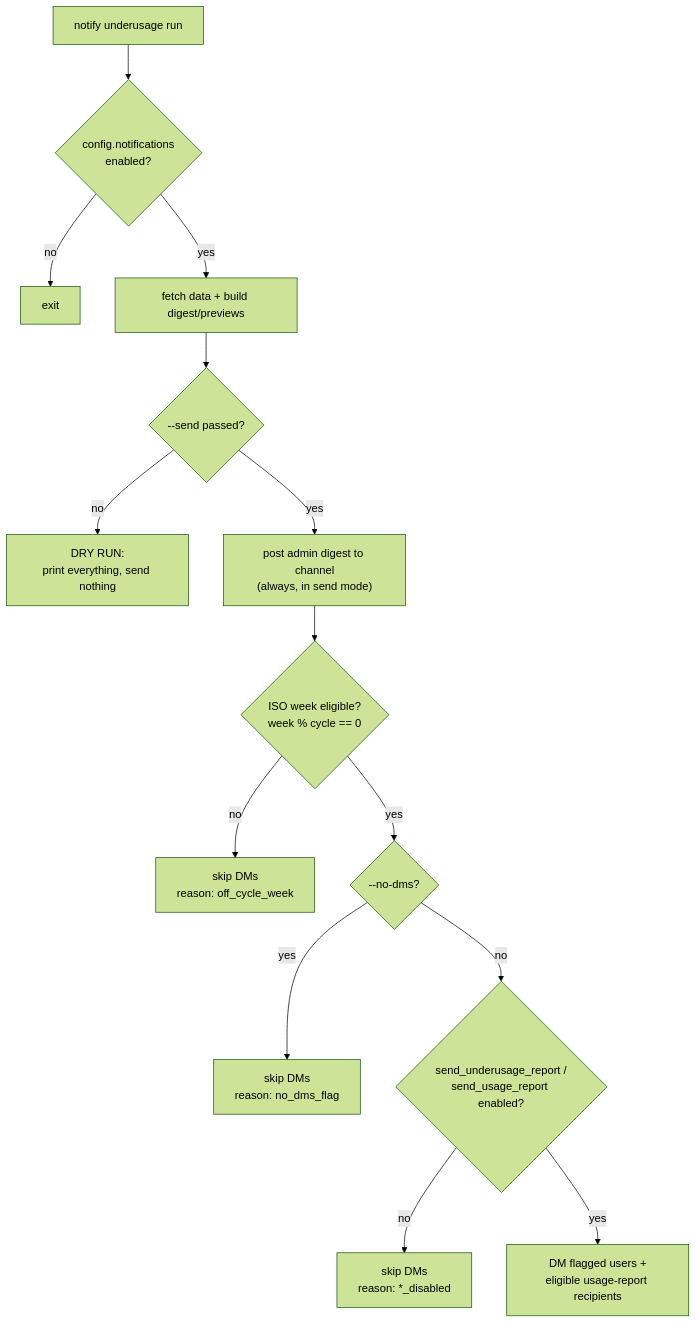
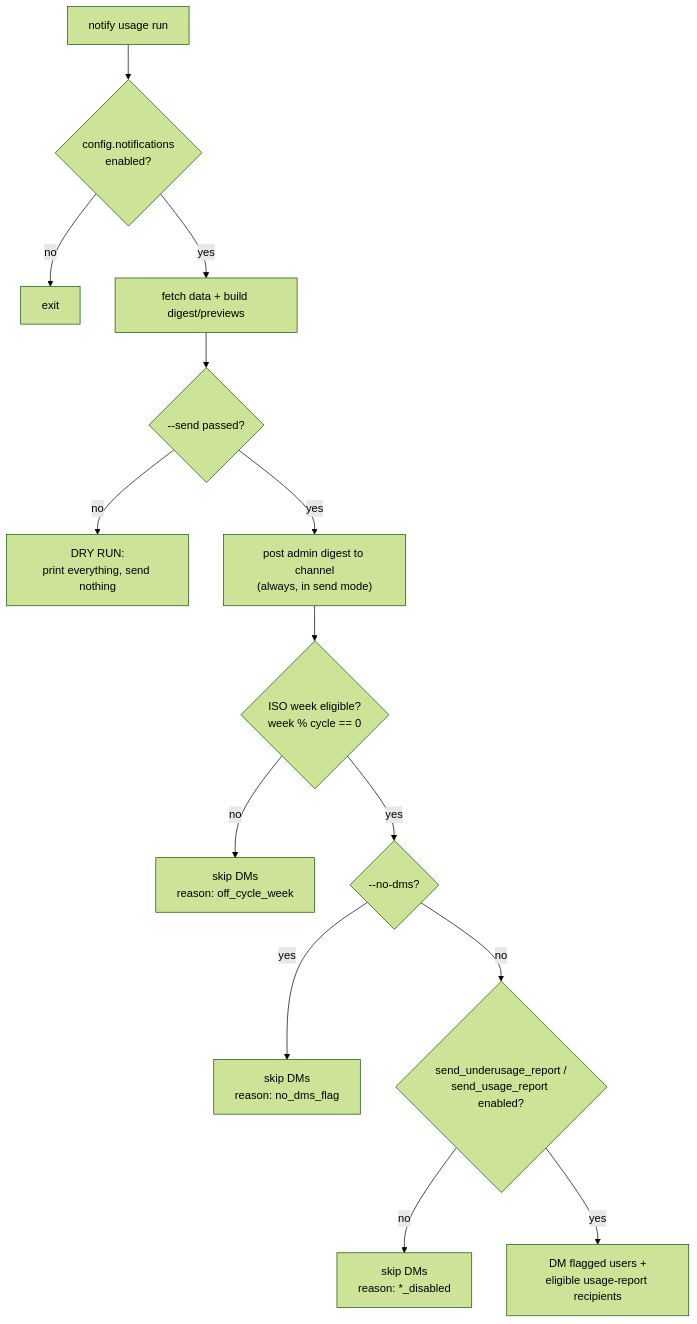
Before and after one commit to mila-iqia/SARC: the second of 2 diagrams in docs/dev_overview/underusage_notifications.md, drawn with Mermaid (forest theme). The commit also changed other lines of this file and 10 other files, not shown here.

First line of the commit message:
refactor: rename underusage notify command/config/modules to usage

````diff
--- a/docs/dev_overview/underusage_notifications.md
+++ b/docs/dev_overview/underusage_notifications.md
@@ -113,18 +113,18 @@
 ```mermaid
 flowchart TD
-    START["notify underusage run"] --> ENABLED{"config.notifications<br/>enabled?"}
+    START["notify usage run"] --> ENABLED{"config.notifications<br/>enabled?"}
     ENABLED -->|no| STOP["exit"]
     ENABLED -->|yes| FETCH["fetch data + build digest/previews"]
 
     FETCH --> SEND{"--send passed?"}
     SEND -->|no| DRY["DRY RUN:<br/>print everything, send nothing"]
 
     SEND -->|yes| CHAN["post admin digest to channel<br/>(always, in send mode)"]
     CHAN --> ELIG{"ISO week eligible?<br/>week % cycle == 0"}
     ELIG -->|no| SKIP1["skip DMs<br/>reason: off_cycle_week"]
     ELIG -->|yes| NODMS{"--no-dms?"}
     NODMS -->|yes| SKIP2["skip DMs<br/>reason: no_dms_flag"]
     NODMS -->|no| GATE{"send_underusage_report /<br/>send_usage_report enabled?"}
     GATE -->|no| SKIP3["skip DMs<br/>reason: *_disabled"]
     GATE -->|yes| DELIVER["DM flagged users +<br/>eligible usage-report recipients"]
 ```
````
